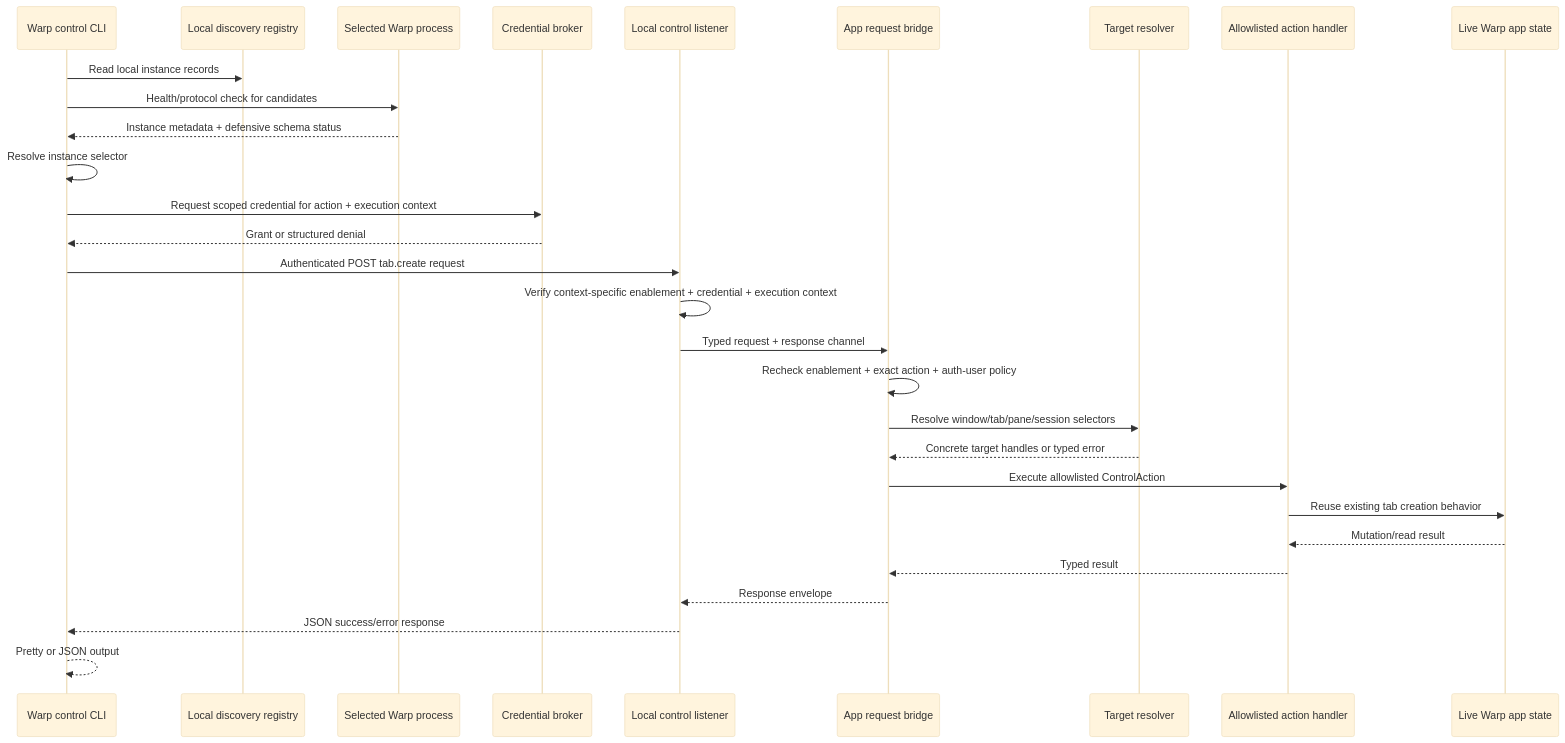
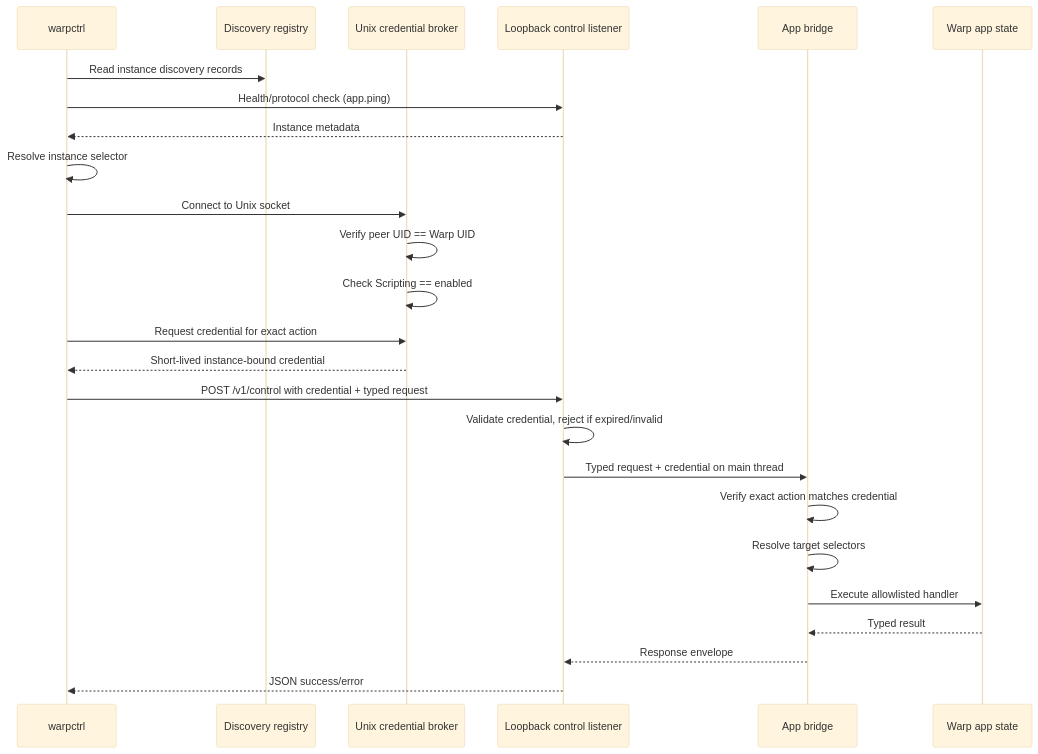
One commit to EnSue-Laboratories/warp changed the diagram in specs/warp-control-cli/TECH.md. Above: the diagram before and after it, drawn with Mermaid (base theme). The commit also changed other lines of this file and 48 other files, not shown here.

````diff
--- a/specs/warp-control-cli/TECH.md
+++ b/specs/warp-control-cli/TECH.md
@@ -432,32 +200,28 @@
 ```mermaid
 sequenceDiagram
-    participant CLI as Warp control CLI
-    participant REG as Local discovery registry
-    participant PROC as Selected Warp process
-    participant BROKER as Credential broker
-    participant HTTP as Local control listener
-    participant BRIDGE as App request bridge
-    participant RES as Target resolver
-    participant ACT as Allowlisted action handler
-    participant UI as Live Warp app state
+    participant CLI as warpctrl
+    participant REG as Discovery registry
+    participant BROKER as Unix credential broker
+    participant HTTP as Loopback control listener
+    participant BRIDGE as App bridge
+    participant UI as Warp app state
 
-    CLI->>REG: Read local instance records
-    CLI->>PROC: Health/protocol check for candidates
-    PROC-->>CLI: Instance metadata + defensive schema status
+    CLI->>REG: Read instance discovery records
+    CLI->>HTTP: Health/protocol check (app.ping)
+    HTTP-->>CLI: Instance metadata
     CLI->>CLI: Resolve instance selector
-    CLI->>BROKER: Request scoped credential for action + execution context
-    BROKER-->>CLI: Grant or structured denial
-    CLI->>HTTP: Authenticated POST tab.create request
-    HTTP->>HTTP: Verify context-specific enablement + credential + execution context
-    HTTP->>BRIDGE: Typed request + response channel
-    BRIDGE->>BRIDGE: Recheck enablement + exact action + auth-user policy
-    BRIDGE->>RES: Resolve window/tab/pane/session selectors
-    RES-->>BRIDGE: Concrete target handles or typed error
-    BRIDGE->>ACT: Execute allowlisted ControlAction
-    ACT->>UI: Reuse existing tab creation behavior
-    UI-->>ACT: Mutation/read result
-    ACT-->>BRIDGE: Typed result
+    CLI->>BROKER: Connect to Unix socket
+    BROKER->>BROKER: Verify peer UID == Warp UID
+    BROKER->>BROKER: Check Scripting == enabled
+    CLI->>BROKER: Request credential for exact action
+    BROKER-->>CLI: Short-lived instance-bound credential
+    CLI->>HTTP: POST /v1/control with credential + typed request
+    HTTP->>HTTP: Validate credential, reject if expired/invalid
+    HTTP->>BRIDGE: Typed request + credential on main thread
+    BRIDGE->>BRIDGE: Verify exact action matches credential
+    BRIDGE->>BRIDGE: Resolve target selectors
+    BRIDGE->>UI: Execute allowlisted handler
+    UI-->>BRIDGE: Typed result
     BRIDGE-->>HTTP: Response envelope
-    HTTP-->>CLI: JSON success/error response
-    CLI-->>CLI: Pretty or JSON output
+    HTTP-->>CLI: JSON success/error
 ```
````
